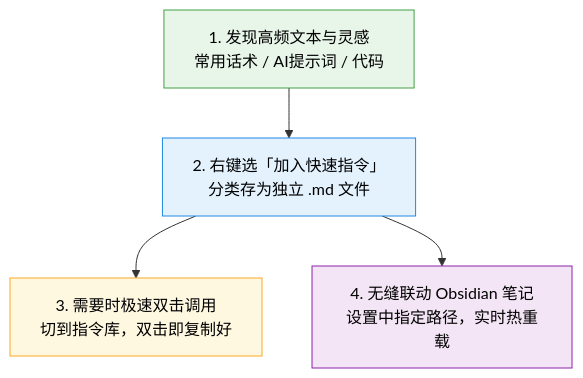
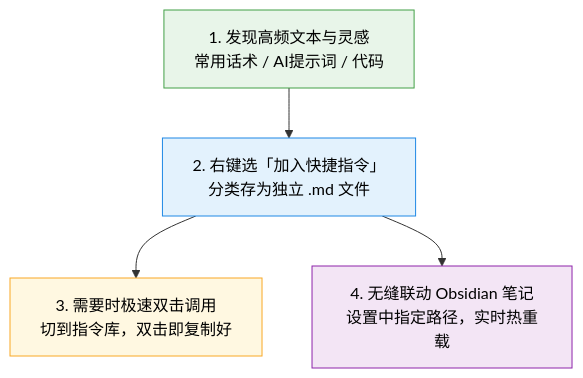
One commit to CatBoss-Paw/EasyClipboard changed the sixth of 7 diagrams in README.md. Above: the diagram before and after it, drawn with Mermaid. The commit also changed other lines of this file and 3 other files, not shown here.

````diff
--- a/README.md
+++ b/README.md
@@ -187,11 +187,11 @@
 ```mermaid
 graph TD
-    A["1. 发现高频文本与灵感<br/>常用话术 / AI提示词 / 代码"] --> B["2. 右键选「加入快速指令」<br/>分类存为独立 .md 文件"]
+    A["1. 发现高频文本与灵感<br/>常用话术 / AI提示词 / 代码"] --> B["2. 右键选「加入快捷指令」<br/>分类存为独立 .md 文件"]
     B --> C["3. 需要时极速双击调用<br/>切到指令库，双击即复制好"]
     B --> D["4. 无缝联动 Obsidian 笔记<br/>设置中指定路径，实时热重载"]
 
     style A fill:#e8f5e9,stroke:#43a047,color:#000
     style B fill:#e3f2fd,stroke:#1e88e5,color:#000
     style C fill:#fff8e1,stroke:#f9a825,color:#000
     style D fill:#f3e5f5,stroke:#8e24aa,color:#000
 ```
````
